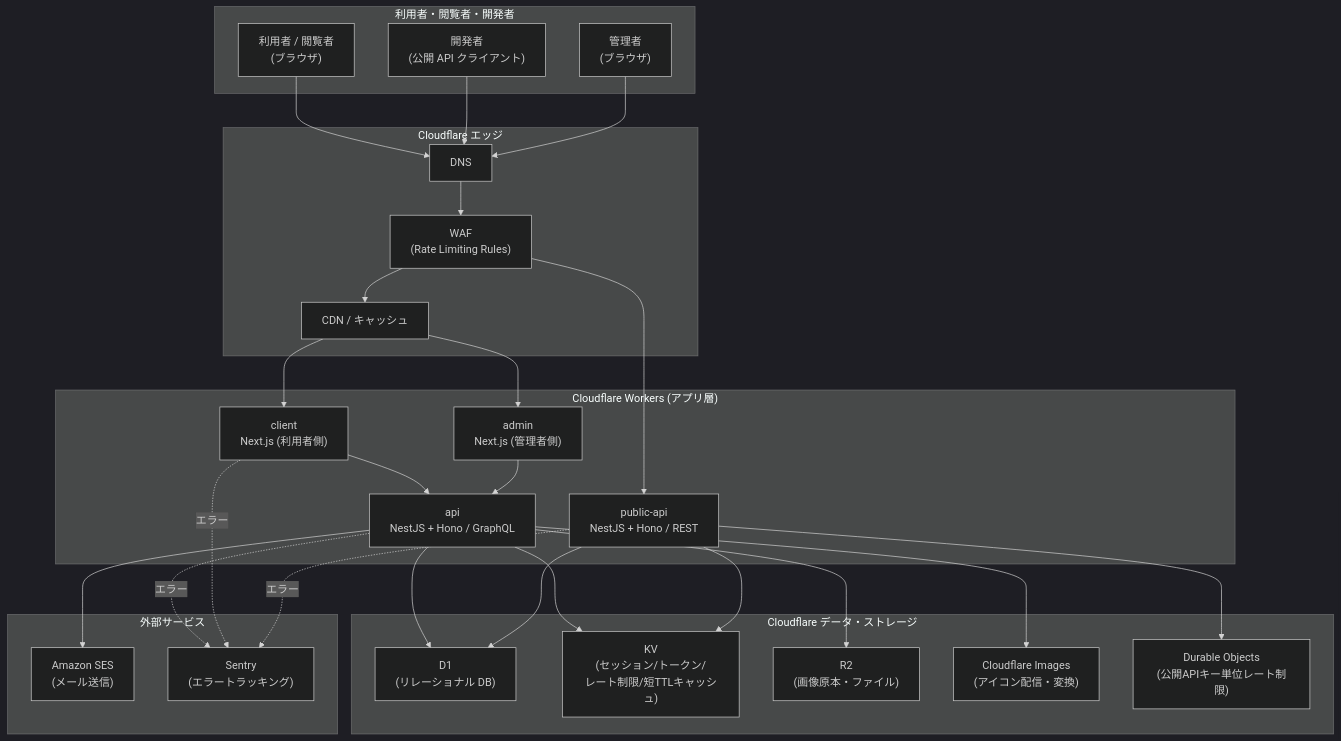
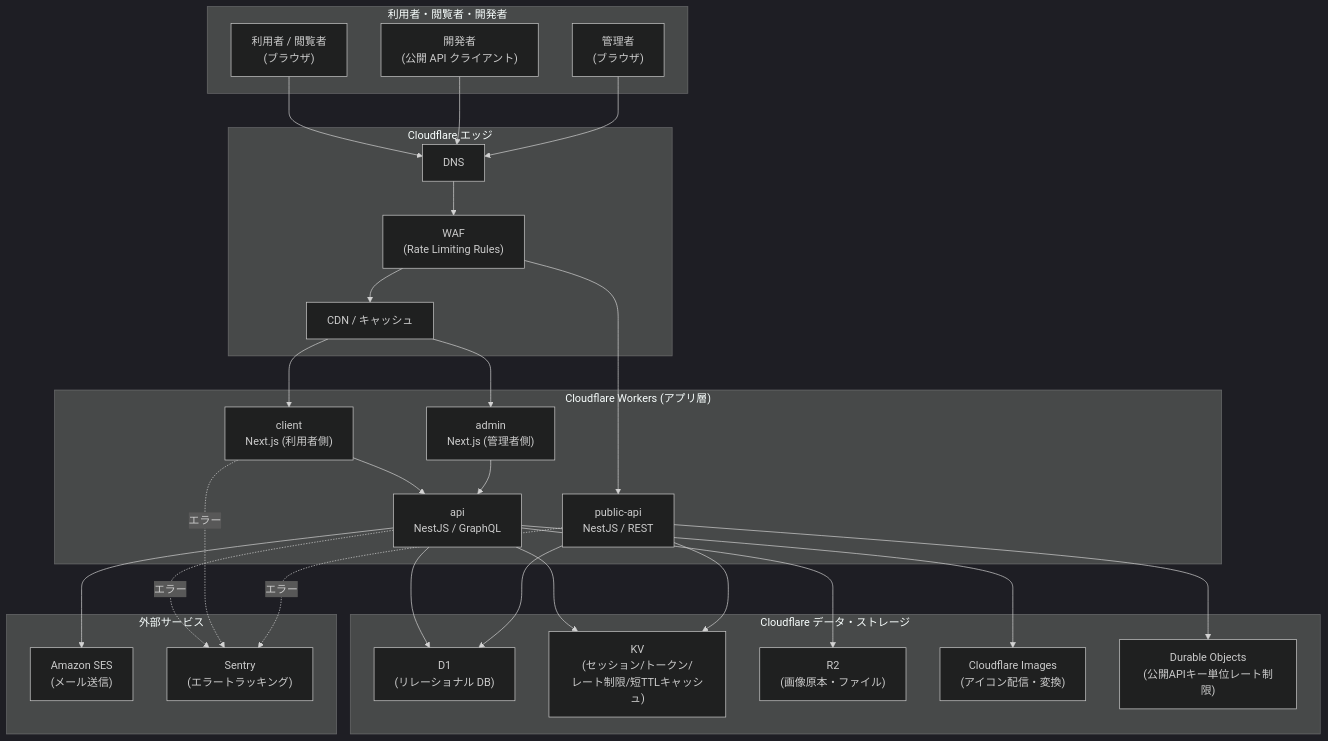
One commit to kurachiweb/genai-example-1-profile-community changed the first of 2 diagrams in docs/GUIDES/infra/00-overview.md. Above: the diagram before and after it, drawn with Mermaid (dark theme). The commit also changed other lines of this file and 13 other files, not shown here.

````diff
--- a/docs/GUIDES/infra/00-overview.md
+++ b/docs/GUIDES/infra/00-overview.md
@@ -14,54 +14,54 @@
 ```mermaid
 flowchart TB
     subgraph client_side["利用者・閲覧者・開発者"]
         U1["利用者 / 閲覧者<br/>(ブラウザ)"]
         U2["開発者<br/>(公開 API クライアント)"]
         U3["管理者<br/>(ブラウザ)"]
     end
 
     subgraph edge["Cloudflare エッジ"]
         DNS["DNS"]
         WAF["WAF<br/>(Rate Limiting Rules)"]
         CDN["CDN / キャッシュ"]
     end
 
     subgraph workers["Cloudflare Workers (アプリ層)"]
         CLIENT["client<br/>Next.js (利用者側)"]
         ADMIN["admin<br/>Next.js (管理者側)"]
-        API["api<br/>NestJS + Hono / GraphQL"]
-        PUBAPI["public-api<br/>NestJS + Hono / REST"]
+        API["api<br/>NestJS / GraphQL"]
+        PUBAPI["public-api<br/>NestJS / REST"]
     end
 
     subgraph data["Cloudflare データ・ストレージ"]
         D1["D1<br/>(リレーショナル DB)"]
         KV["KV<br/>(セッション/トークン/<br/>レート制限/短TTLキャッシュ)"]
         R2["R2<br/>(画像原本・ファイル)"]
         IMG["Cloudflare Images<br/>(アイコン配信・変換)"]
         DO["Durable Objects<br/>(公開APIキー単位レート制限)"]
     end
 
     subgraph external["外部サービス"]
         SES["Amazon SES<br/>(メール送信)"]
         SENTRY["Sentry<br/>(エラートラッキング)"]
     end
 
     U1 --> DNS --> WAF --> CDN
     U2 --> DNS
     U3 --> DNS
     CDN --> CLIENT
     CDN --> ADMIN
     WAF --> PUBAPI
     CLIENT --> API
     ADMIN --> API
     API --> D1
     API --> KV
     API --> R2
     API --> IMG
     PUBAPI --> D1
     PUBAPI --> KV
     PUBAPI --> DO
     API --> SES
     API -.エラー.-> SENTRY
     CLIENT -.エラー.-> SENTRY
     PUBAPI -.エラー.-> SENTRY
 ```
````
